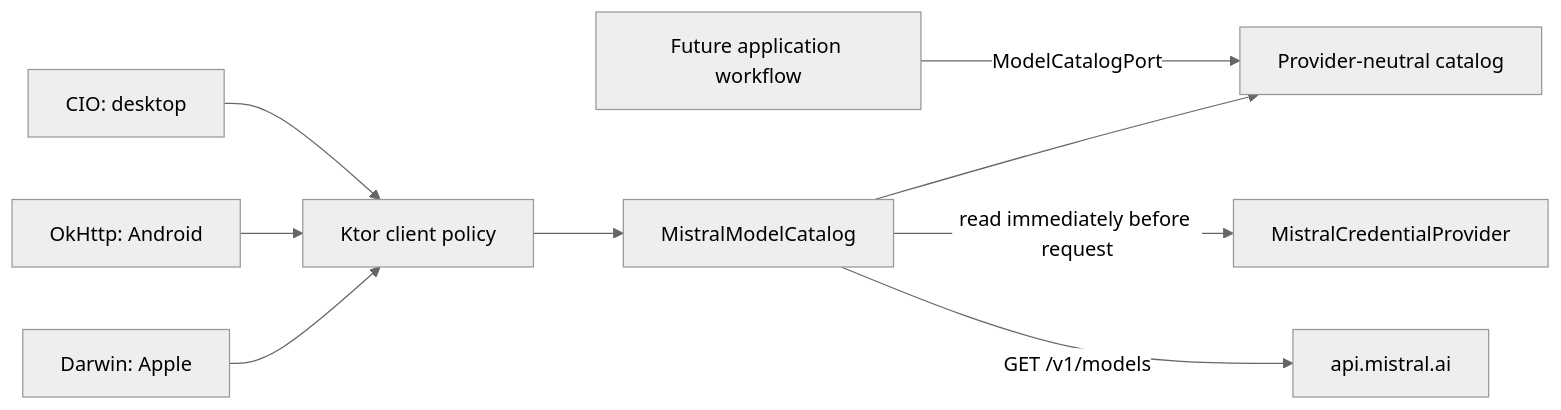
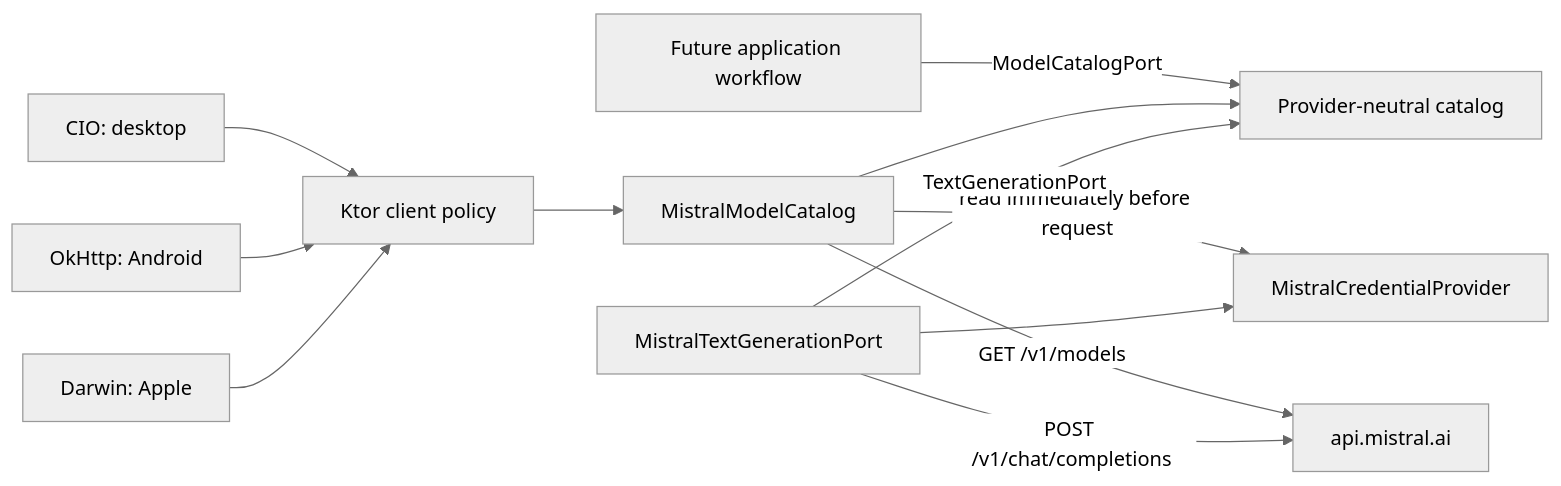
Before and after one commit to artemidius/blowhard: the diagram in docs/architecture/mistral-provider-boundary.md, drawn with Mermaid (neutral theme). The commit also changed other lines of this file and 3 other files, not shown here.

````diff
--- a/docs/architecture/mistral-provider-boundary.md
+++ b/docs/architecture/mistral-provider-boundary.md
@@ -6,11 +6,14 @@
 ```mermaid
 flowchart LR
     Consumer[Future application workflow] -->|ModelCatalogPort| Domain[Provider-neutral catalog]
     Adapter[MistralModelCatalog] --> Domain
     Adapter -->|read immediately before request| Credentials[MistralCredentialProvider]
     Adapter -->|GET /v1/models| API[api.mistral.ai]
+    Stream[MistralTextGenerationPort] -->|TextGenerationPort| Domain
+    Stream -->|POST /v1/chat/completions| API
+    Stream --> Credentials
     Ktor[Ktor client policy] --> Adapter
     CIO[CIO: desktop] --> Ktor
     OkHttp[OkHttp: Android] --> Ktor
     Darwin[Darwin: Apple] --> Ktor
 ```
````
